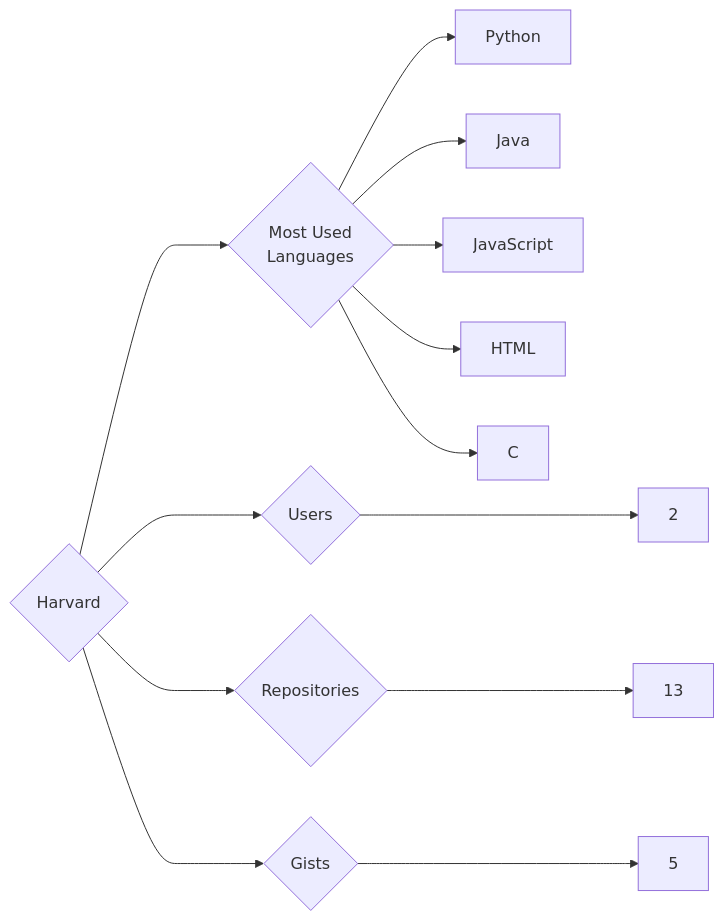
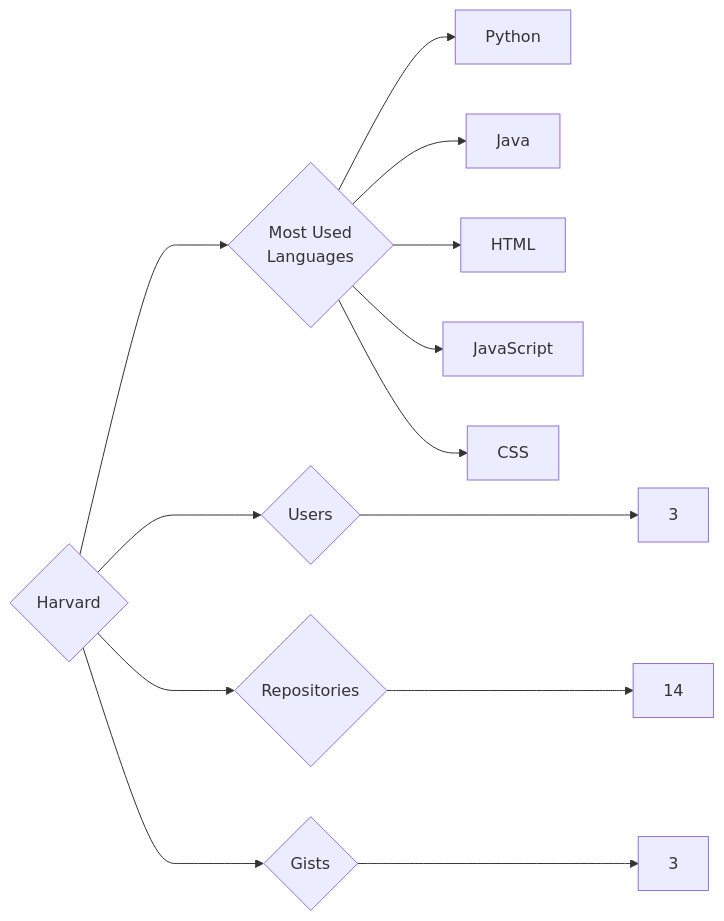
The diagram in targets/Harvard/README.md (trickest/insiders), drawn with Mermaid before and after one commit. The commit also changed 611 other files, not shown here.

````diff
--- a/targets/Harvard/README.md
+++ b/targets/Harvard/README.md
@@ -3,13 +3,13 @@
 ```mermaid
 graph LR
 COMPANY_NAME{Harvard}
-COMPANY_NAME ---> U{Users} ---> UN[2]
-COMPANY_NAME ---> R{Repositories} ---> RN[13]
-COMPANY_NAME ---> G{Gists} ---> GN[5]
+COMPANY_NAME ---> U{Users} ---> UN[3]
+COMPANY_NAME ---> R{Repositories} ---> RN[14]
+COMPANY_NAME ---> G{Gists} ---> GN[3]
 COMPANY_NAME ---> ML{Most Used<br>Languages}
 ML --> Python[Python]
 ML --> Java[Java]
+ML --> HTML[HTML]
 ML --> JavaScript[JavaScript]
-ML --> HTML[HTML]
-ML --> C[C]
+ML --> CSS[CSS]
 ```
````
